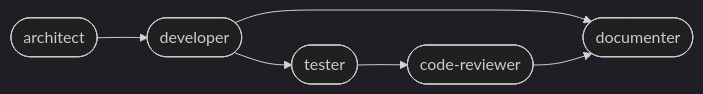
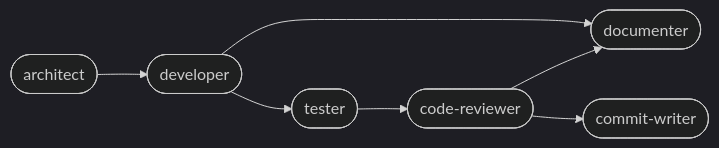
One commit to aidevme/PPTB-Tools changed the diagram in docs/agents/index.md. Above: the diagram before and after it, drawn with Mermaid (dark theme). The commit also changed other lines of this file and 2 other files, not shown here.

First line of the commit message:
docs(agents): add commit-writer subagent to the pipeline

````diff
--- a/docs/agents/index.md
+++ b/docs/agents/index.md
@@ -8,6 +8,7 @@
 ```mermaid
 flowchart LR
     architect([architect]) --> developer([developer]) --> tester([tester]) --> reviewer([code-reviewer])
     developer --> documenter([documenter])
     reviewer --> documenter
+    reviewer --> commit([commit-writer])
 ```
````
